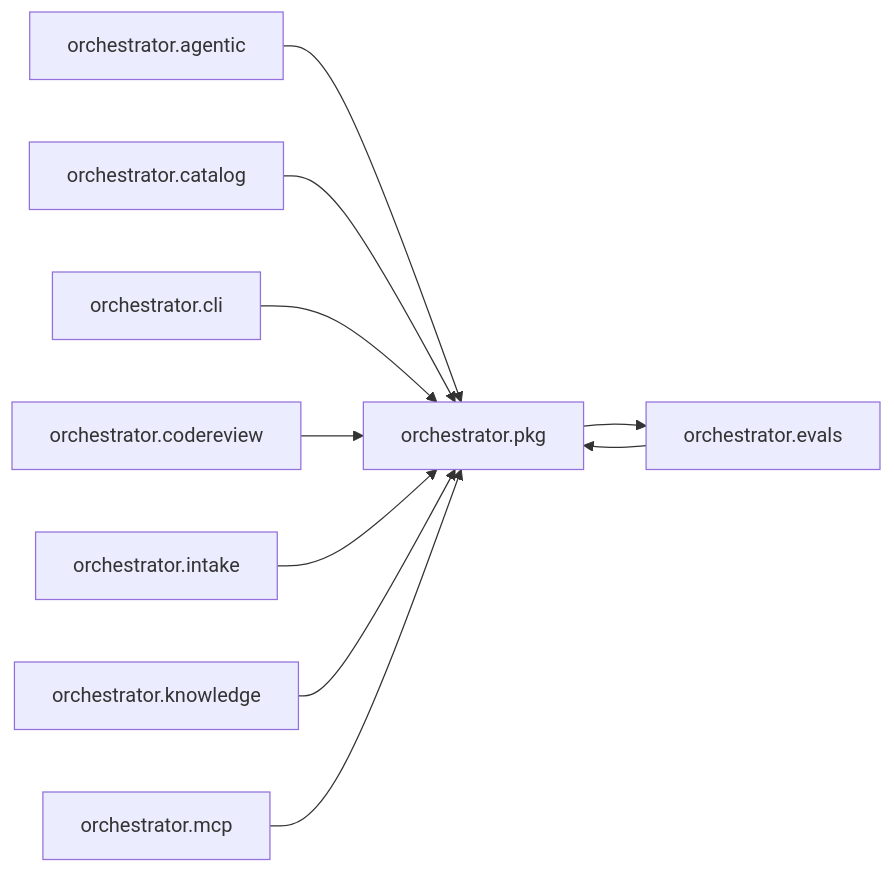
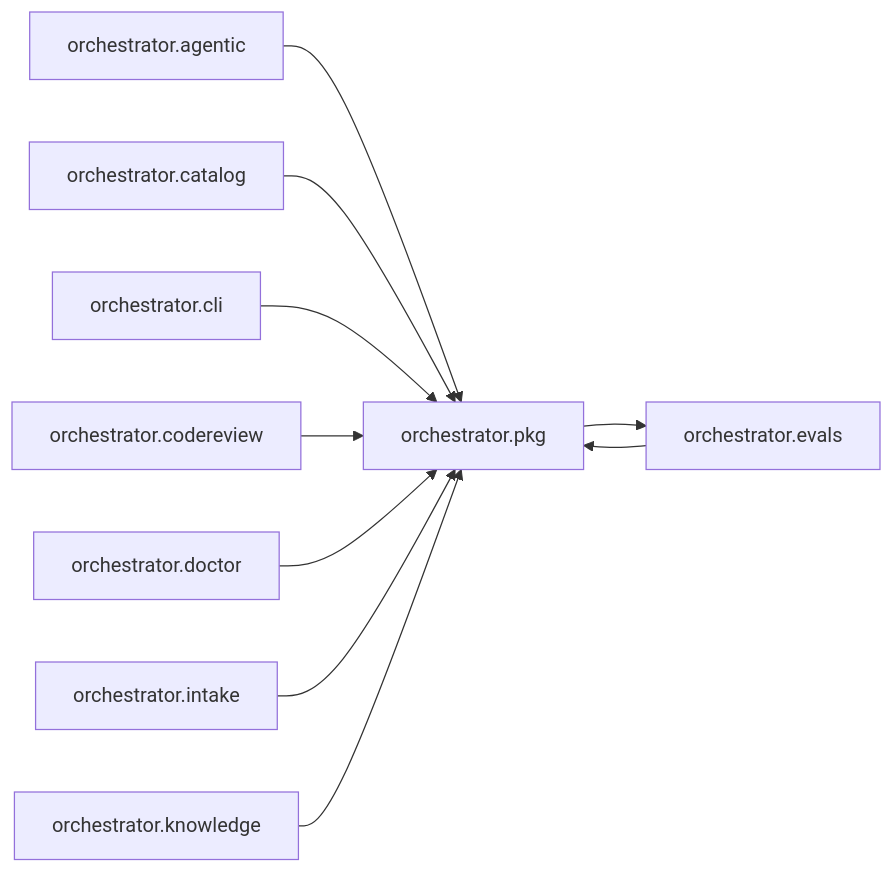
Before and after one commit to synaptixs/spine: the diagram in episteme/areas/orchestrator.pkg.md, drawn with Mermaid. The commit also changed other lines of this file and 17 other files, not shown here.

````diff
--- a/episteme/areas/orchestrator.pkg.md
+++ b/episteme/areas/orchestrator.pkg.md
@@ -8,21 +8,21 @@
 ```mermaid
 flowchart LR
   n0["orchestrator.pkg"]
   n1["orchestrator.agentic"]
   n2["orchestrator.catalog"]
   n3["orchestrator.cli"]
   n4["orchestrator.codereview"]
-  n5["orchestrator.evals"]
-  n6["orchestrator.intake"]
-  n7["orchestrator.knowledge"]
-  n8["orchestrator.mcp"]
+  n5["orchestrator.doctor"]
+  n6["orchestrator.evals"]
+  n7["orchestrator.intake"]
+  n8["orchestrator.knowledge"]
   n1 --> n0
   n2 --> n0
   n3 --> n0
   n4 --> n0
   n5 --> n0
   n6 --> n0
   n7 --> n0
   n8 --> n0
-  n0 --> n5
+  n0 --> n6
 ```
````
